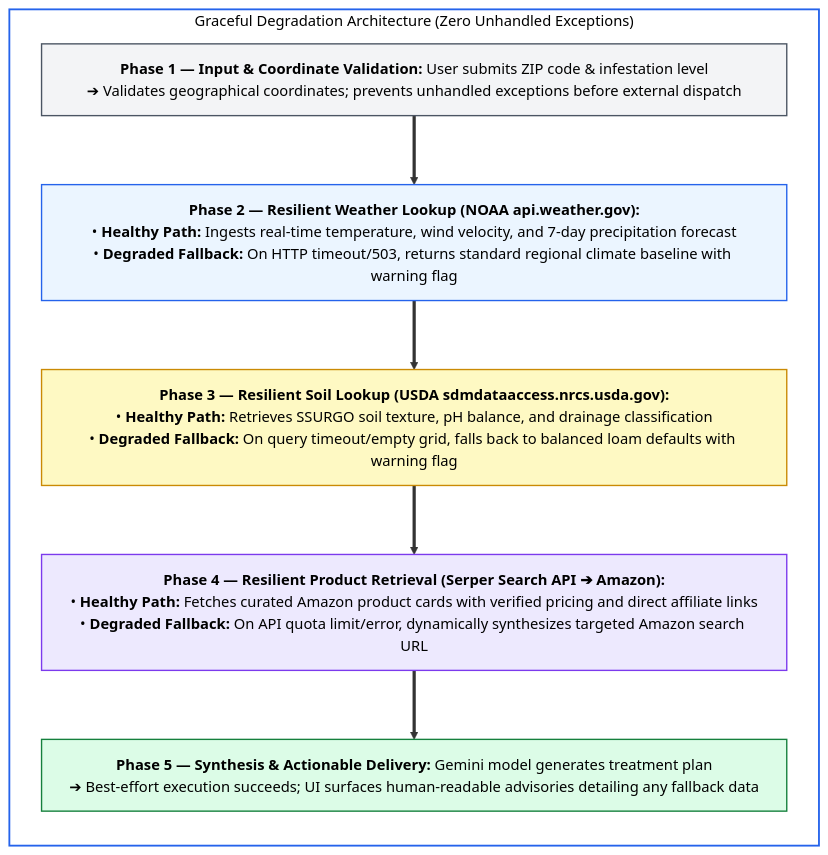
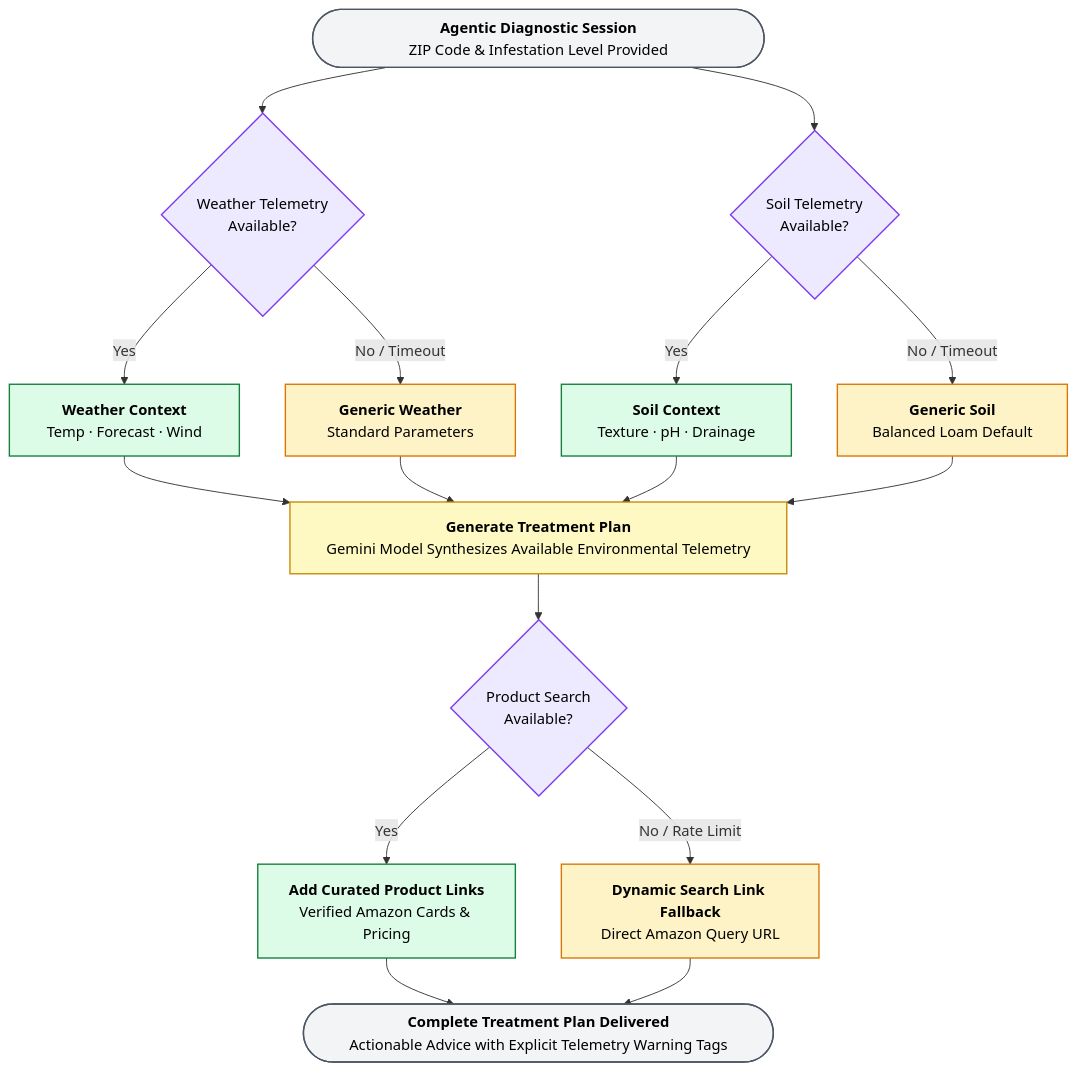
The diagram in workflow/05_graceful_degradation.md (the-write-path-code/ch09-plant-doctor), drawn with Mermaid before and after one commit.

Commit message:
docs: restore branching graceful degradation flowchart with wiley styling

````diff
--- a/workflow/05_graceful_degradation.md
+++ b/workflow/05_graceful_degradation.md
@@ -7,32 +7,46 @@
 ```mermaid
 flowchart TD
-    subgraph STACK ["Graceful Degradation Architecture (Zero Unhandled Exceptions)"]
-        direction TB
+    A(["<div style='min-width: 460px;'><b>Agentic Diagnostic Session</b><br/>ZIP Code & Infestation Level Provided</div>"])
 
-        S1["<div style='min-width: 750px;'><b>Phase 1 — Input & Coordinate Validation:</b> User submits ZIP code & infestation level<br/>➔ Validates geographical coordinates; prevents unhandled exceptions before external dispatch</div>"]
+    D{"Weather Telemetry<br/>Available?"}
+    E{"Soil Telemetry<br/>Available?"}
 
-        S2["<div style='min-width: 750px;'><b>Phase 2 — Resilient Weather Lookup (NOAA api.weather.gov):</b><br/>• <b>Healthy Path:</b> Ingests real-time temperature, wind velocity, and 7-day precipitation forecast<br/>• <b>Degraded Fallback:</b> On HTTP timeout/503, returns standard regional climate baseline with warning flag</div>"]
+    F["<div style='min-width: 190px;'><b>Weather Context</b><br/>Temp · Forecast · Wind</div>"]
+    H["<div style='min-width: 190px;'><b>Generic Weather</b><br/>Standard Parameters</div>"]
 
-        S3["<div style='min-width: 750px;'><b>Phase 3 — Resilient Soil Lookup (USDA sdmdataaccess.nrcs.usda.gov):</b><br/>• <b>Healthy Path:</b> Retrieves SSURGO soil texture, pH balance, and drainage classification<br/>• <b>Degraded Fallback:</b> On query timeout/empty grid, falls back to balanced loam defaults with warning flag</div>"]
+    G["<div style='min-width: 190px;'><b>Soil Context</b><br/>Texture · pH · Drainage</div>"]
+    I["<div style='min-width: 190px;'><b>Generic Soil</b><br/>Balanced Loam Default</div>"]
 
-        S4["<div style='min-width: 750px;'><b>Phase 4 — Resilient Product Retrieval (Serper Search API ➔ Amazon):</b><br/>• <b>Healthy Path:</b> Fetches curated Amazon product cards with verified pricing and direct affiliate links<br/>• <b>Degraded Fallback:</b> On API quota limit/error, dynamically synthesizes targeted Amazon search URL</div>"]
+    J["<div style='min-width: 480px;'><b>Generate Treatment Plan</b><br/>Gemini Model Synthesizes Available Environmental Telemetry</div>"]
 
-        S5["<div style='min-width: 750px;'><b>Phase 5 — Synthesis & Actionable Delivery:</b> Gemini model generates treatment plan<br/>➔ Best-effort execution succeeds; UI surfaces human-readable advisories detailing any fallback data</div>"]
+    L{"Product Search<br/>Available?"}
 
-        S1 ==> S2 ==> S3 ==> S4 ==> S5
-    end
+    M["<div style='min-width: 220px;'><b>Add Curated Product Links</b><br/>Verified Amazon Cards & Pricing</div>"]
+    N["<div style='min-width: 220px;'><b>Dynamic Search Link Fallback</b><br/>Direct Amazon Query URL</div>"]
 
-    classDef stack fill:#FFFFFF,stroke:#2563EB,color:#000000,stroke-width:2px
-    classDef s1 fill:#F3F4F6,stroke:#4B5563,color:#000000,stroke-width:1.5px
-    classDef s2 fill:#EBF5FF,stroke:#2563EB,color:#000000,stroke-width:1.5px
-    classDef s3 fill:#FEF9C3,stroke:#CA8A04,color:#000000,stroke-width:1.5px
-    classDef s4 fill:#EDE9FE,stroke:#7C3AED,color:#000000,stroke-width:1.5px
-    classDef s5 fill:#DCFCE7,stroke:#15803D,color:#000000,stroke-width:1.5px
+    O(["<div style='min-width: 480px;'><b>Complete Treatment Plan Delivered</b><br/>Actionable Advice with Explicit Telemetry Warning Tags</div>"])
 
-    class STACK stack
-    class S1 s1
-    class S2 s2
-    class S3 s3
-    class S4 s4
-    class S5 s5
+    A --> D & E
+
+    D -- Yes --> F --> J
+    D -- "No / Timeout" --> H --> J
+
+    E -- Yes --> G --> J
+    E -- "No / Timeout" --> I --> J
+
+    J --> L
+    L -- Yes --> M --> O
+    L -- "No / Rate Limit" --> N --> O
+
+    classDef start fill:#F3F4F6,stroke:#4B5563,color:#000000,stroke-width:1.5px
+    classDef decision fill:#EDE9FE,stroke:#7C3AED,color:#000000,stroke-width:1.5px
+    classDef ok fill:#DCFCE7,stroke:#15803D,color:#000000,stroke-width:1.5px
+    classDef fb fill:#FEF3C7,stroke:#D97706,color:#000000,stroke-width:1.5px
+    classDef plan fill:#FEF9C3,stroke:#CA8A04,color:#000000,stroke-width:1.5px
+
+    class A,O start
+    class D,E,L decision
+    class F,G,M ok
+    class H,I,N fb
+    class J plan
 ```
````
